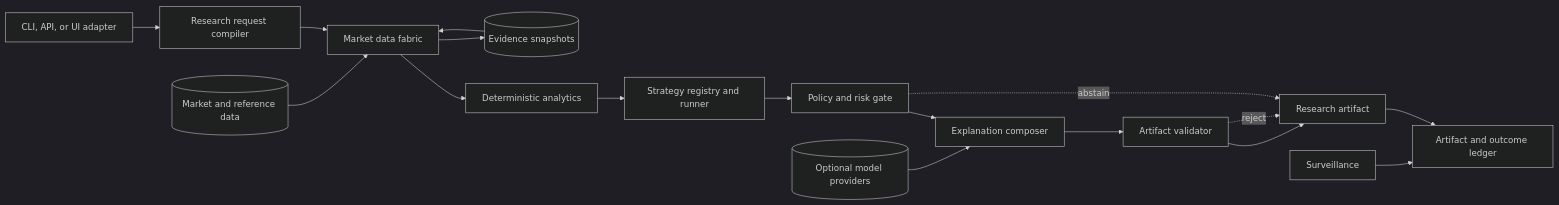
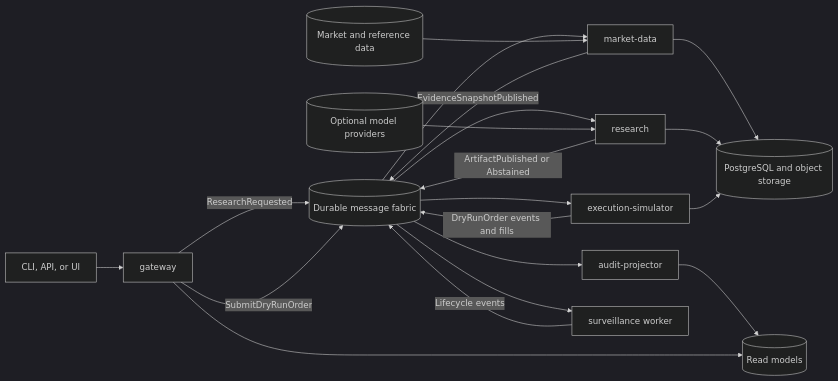
Before and after one commit to stanimirivanov/edge-agent: the diagram in docs/architecture/system-overview.md, drawn with Mermaid (dark theme). The commit also changed other lines of this file and 17 other files, not shown here.

Commit message:
[#3] Define event-driven and multi-cloud architecture foundation (#4)

````diff
--- a/docs/architecture/system-overview.md
+++ b/docs/architecture/system-overview.md
@@ -36,21 +49,25 @@
 ```mermaid
 flowchart LR
-    Client[CLI, API, or UI adapter] --> Intake[Research request compiler]
-    Intake --> Data[Market data fabric]
-    Data --> Analytics[Deterministic analytics]
-    Analytics --> Strategy[Strategy registry and runner]
-    Strategy --> Policy[Policy and risk gate]
-    Policy --> Composer[Explanation composer]
-    Composer --> Validator[Artifact validator]
-    Validator --> Artifact[Research artifact]
-    Artifact --> Ledger[Artifact and outcome ledger]
-    Monitor[Surveillance] --> Ledger
+    Client[CLI, API, or UI] --> Gateway[gateway]
+    Gateway -->|ResearchRequested| Bus[(Durable message fabric)]
+    Gateway -->|SubmitDryRunOrder| Bus
 
-    Providers[(Market and reference data)] --> Data
-    Models[(Optional model providers)] --> Composer
-    Evidence[(Evidence snapshots)] --> Data
-    Data --> Evidence
+    Bus --> Market[market-data]
+    Bus --> Research[research]
+    Bus --> Sim[execution-simulator]
+    Bus --> Projector[audit-projector]
+    Bus --> Surveillance[surveillance worker]
 
-    Policy -. abstain .-> Artifact
-    Validator -. reject .-> Artifact
+    Providers[(Market and reference data)] --> Market
+    Models[(Optional model providers)] --> Research
+    Market -->|EvidenceSnapshotPublished| Bus
+    Research -->|ArtifactPublished or Abstained| Bus
+    Sim -->|DryRunOrder events and fills| Bus
+    Surveillance -->|Lifecycle events| Bus
+
+    Market --> Store[(PostgreSQL and object storage)]
+    Research --> Store
+    Sim --> Store
+    Projector --> Views[(Read models)]
+    Gateway --> Views
 ```
````
